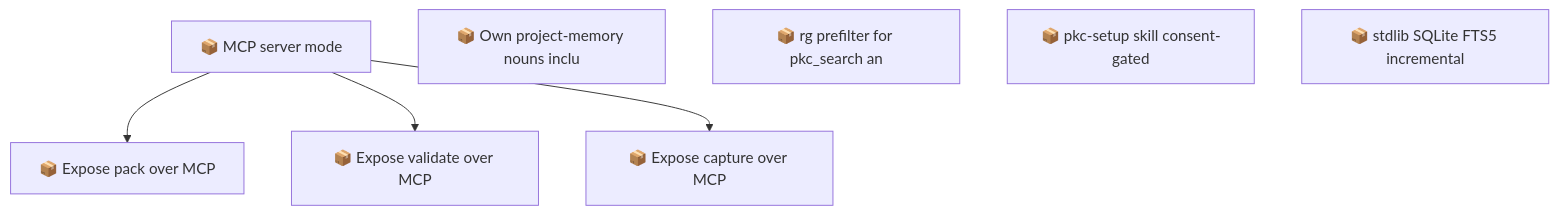
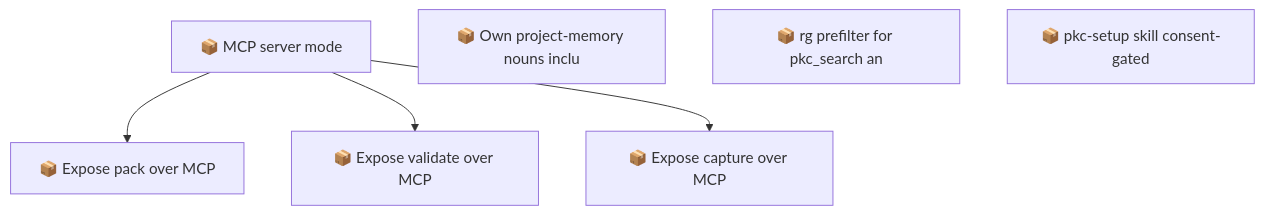
One commit to SpillwaveSolutions/project-knowledge-capture changed the second of 2 diagrams in docs/roadmap.md. Above: the diagram before and after it, drawn with Mermaid. The commit also changed other lines of this file and 21 other files, not shown here.

First line of the commit message:
feat: stdlib SQLite FTS5 incremental index (rung 2)

````diff
--- a/docs/roadmap.md
+++ b/docs/roadmap.md
@@ -93,14 +85,13 @@
 ```mermaid
 graph TD
     01KZ75NQCMYGFYRCVJATEBVBRB["📦 MCP server mode"]
     01KZ75R3EXEG4GVGRP2S9CCKZ4["📦 Expose pack over MCP"]
     01KZ75R3M6BYQ643NKDCCSEEZC["📦 Expose validate over MCP"]
     01KZ75R3S2X1G4PCTGMMSR8BWA["📦 Expose capture over MCP"]
     01M0SZFFPWEVN9YX9D9RYZ1ZC1["📦 Own project-memory nouns inclu"]
     01M18Q792BSMYXM5F4WXBJ2CW4["📦 rg prefilter for pkc_search an"]
     01M18Q793WKR0FH409FAY6KHAT["📦 pkc-setup skill consent-gated"]
-    01M18QGFCPPCH3ZHMBQ2QW4JBF["📦 stdlib SQLite FTS5 incremental"]
     01KZ75NQCMYGFYRCVJATEBVBRB --> 01KZ75R3EXEG4GVGRP2S9CCKZ4
     01KZ75NQCMYGFYRCVJATEBVBRB --> 01KZ75R3M6BYQ643NKDCCSEEZC
     01KZ75NQCMYGFYRCVJATEBVBRB --> 01KZ75R3S2X1G4PCTGMMSR8BWA
 ```
````
